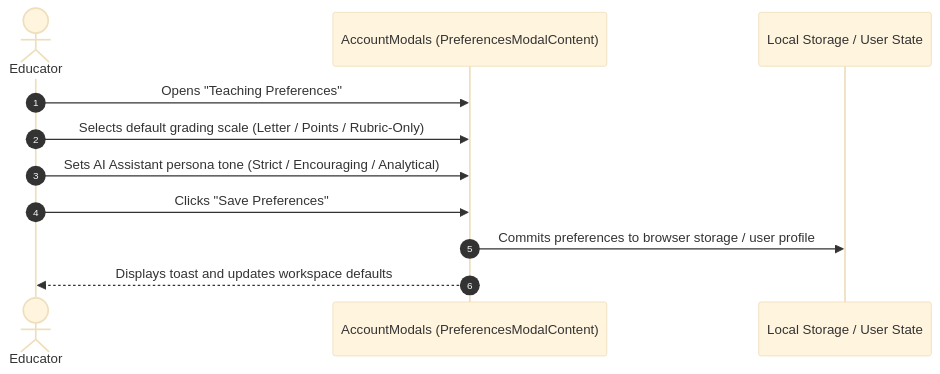
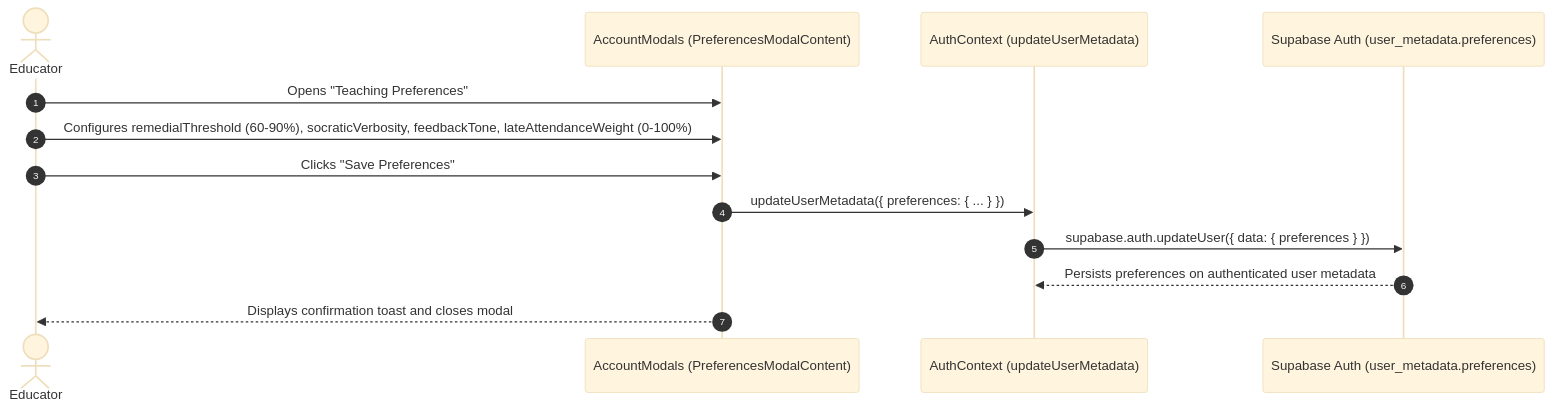
The third of 3 diagrams in docs/systems/workflows/account_management_workflows.md (VictorBravo9er/Teacher-Assistant-Workspace), drawn with Mermaid (base theme) before and after one commit. The commit also changed other lines of this file and 43 other files, not shown here.

````diff
--- a/docs/systems/workflows/account_management_workflows.md
+++ b/docs/systems/workflows/account_management_workflows.md
@@ -67,14 +67,16 @@
 ```mermaid
 sequenceDiagram
     autonumber
     actor Teacher as Educator
     participant UI as AccountModals (PreferencesModalContent)
-    participant Local as Local Storage / User State
+    participant Auth as AuthContext (updateUserMetadata)
+    participant Supa as Supabase Auth (user_metadata.preferences)
 
     Teacher->>UI: Opens "Teaching Preferences"
-    Teacher->>UI: Selects default grading scale (Letter / Points / Rubric-Only)
-    Teacher->>UI: Sets AI Assistant persona tone (Strict / Encouraging / Analytical)
+    Teacher->>UI: Configures remedialThreshold (60-90%), socraticVerbosity, feedbackTone, lateAttendanceWeight (0-100%)
     Teacher->>UI: Clicks "Save Preferences"
-    UI->>Local: Commits preferences to browser storage / user profile
-    UI-->>Teacher: Displays toast and updates workspace defaults
+    UI->>Auth: updateUserMetadata({ preferences: { ... } })
+    Auth->>Supa: supabase.auth.updateUser({ data: { preferences } })
+    Supa-->>Auth: Persists preferences on authenticated user metadata
+    UI-->>Teacher: Displays confirmation toast and closes modal
 ```
````
